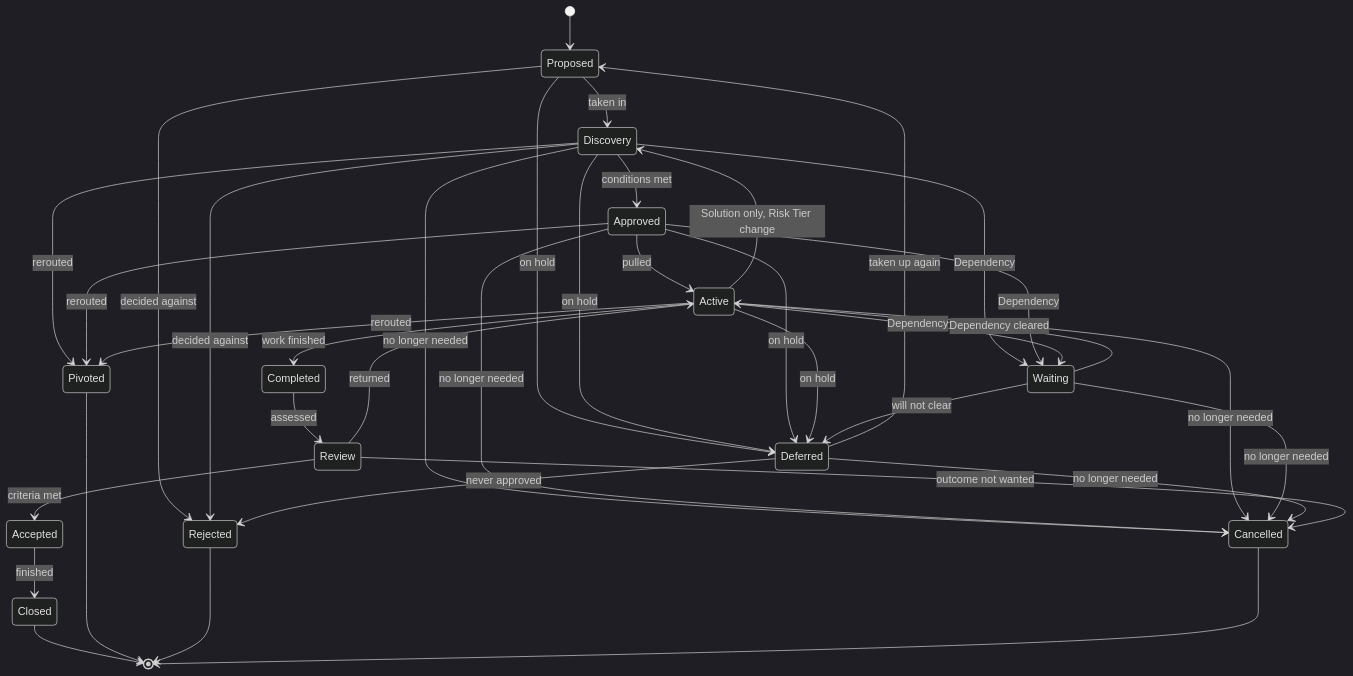
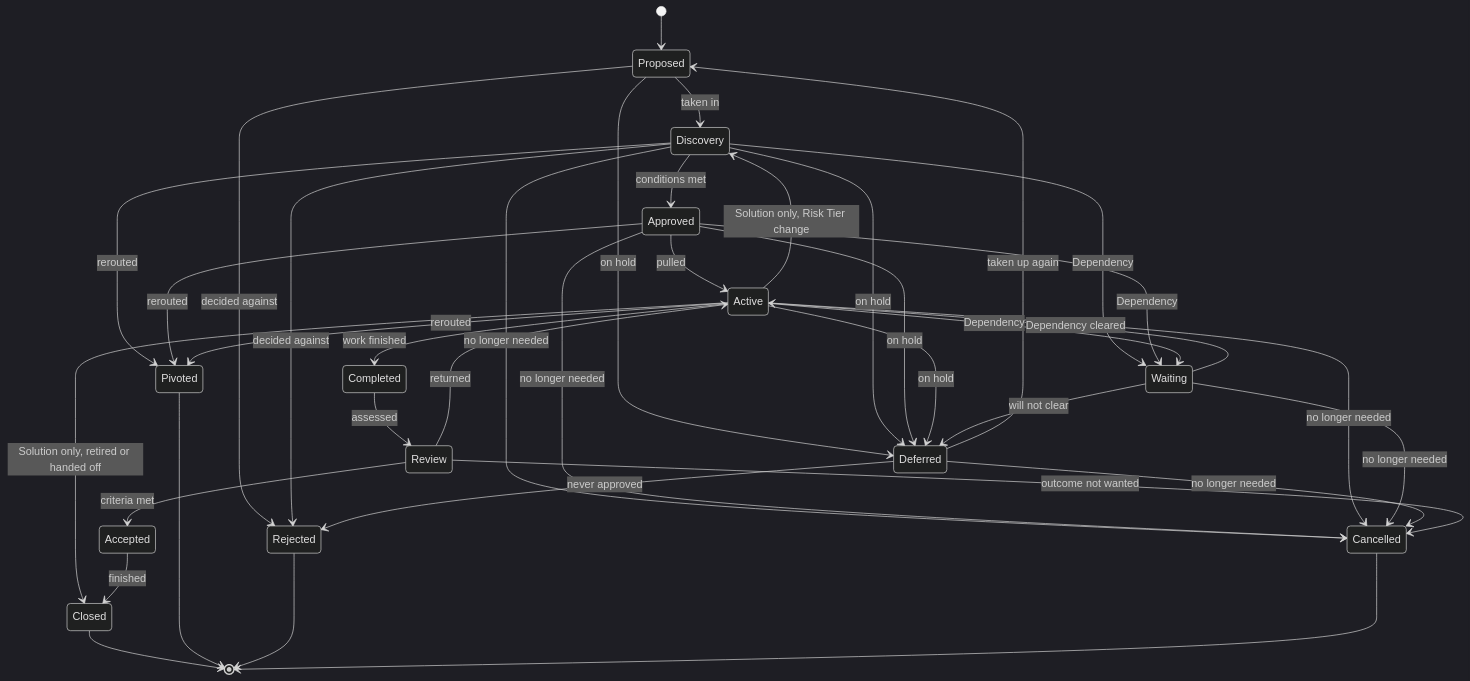
The second of 3 diagrams in charter/workflows/service-delivery.md (devhogu/ob-aicc), drawn with Mermaid (dark theme) before and after one commit. The commit also changed other lines of this file and 88 other files, not shown here.

````diff
--- a/charter/workflows/service-delivery.md
+++ b/charter/workflows/service-delivery.md
@@ -52,39 +52,40 @@
 ```mermaid
 stateDiagram-v2
   [*] --> Proposed
   Proposed --> Discovery: taken in
   Proposed --> Rejected: decided against
   Proposed --> Deferred: on hold
   Discovery --> Approved: conditions met
   Discovery --> Waiting: Dependency
   Discovery --> Deferred: on hold
   Discovery --> Rejected: decided against
   Discovery --> Pivoted: rerouted
   Discovery --> Cancelled: no longer needed
   Approved --> Active: pulled
   Approved --> Waiting: Dependency
   Approved --> Deferred: on hold
   Approved --> Pivoted: rerouted
   Approved --> Cancelled: no longer needed
   Active --> Completed: work finished
   Active --> Waiting: Dependency
   Active --> Deferred: on hold
   Active --> Pivoted: rerouted
   Active --> Cancelled: no longer needed
   Active --> Discovery: Solution only, Risk Tier change
+  Active --> Closed: Solution only, retired or handed off
   Waiting --> Active: Dependency cleared
   Waiting --> Deferred: will not clear
   Waiting --> Cancelled: no longer needed
   Deferred --> Proposed: taken up again
   Deferred --> Rejected: never approved
   Deferred --> Cancelled: no longer needed
   Completed --> Review: assessed
   Review --> Active: returned
   Review --> Accepted: criteria met
   Review --> Cancelled: outcome not wanted
   Accepted --> Closed: finished
   Closed --> [*]
   Pivoted --> [*]
   Rejected --> [*]
   Cancelled --> [*]
 ```
````
